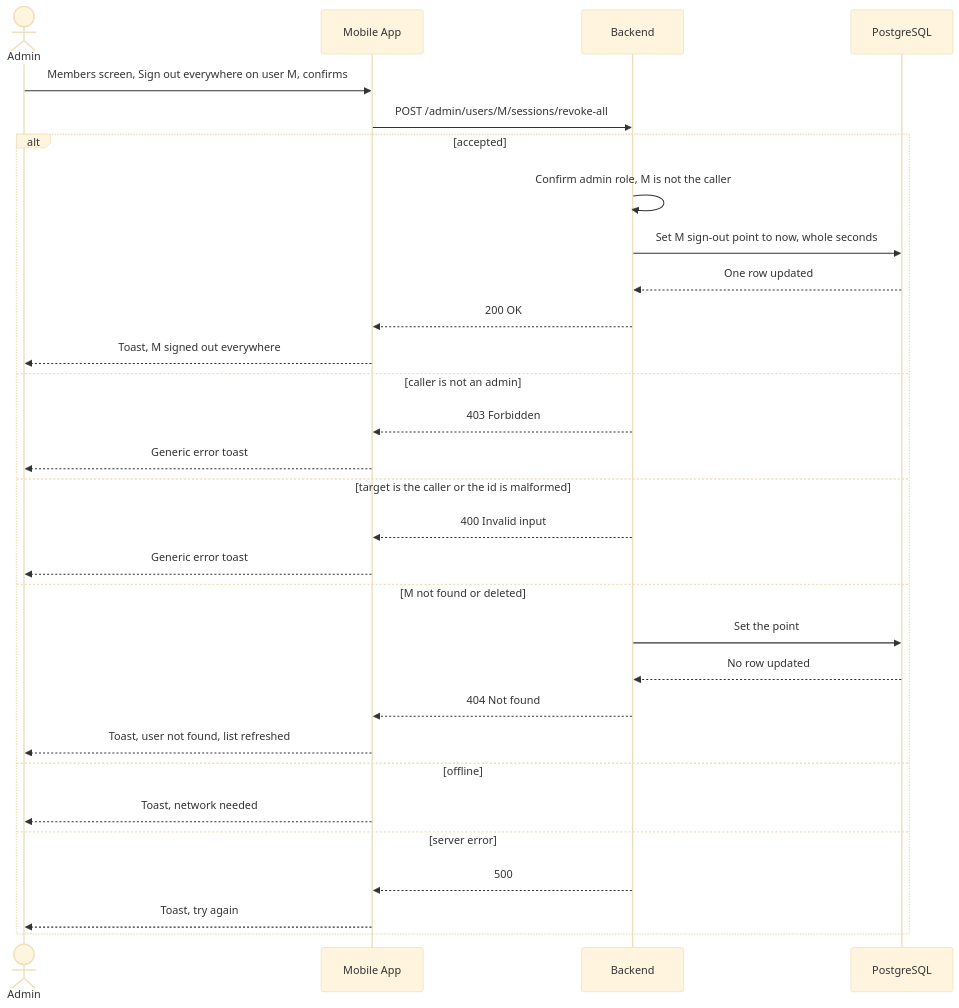
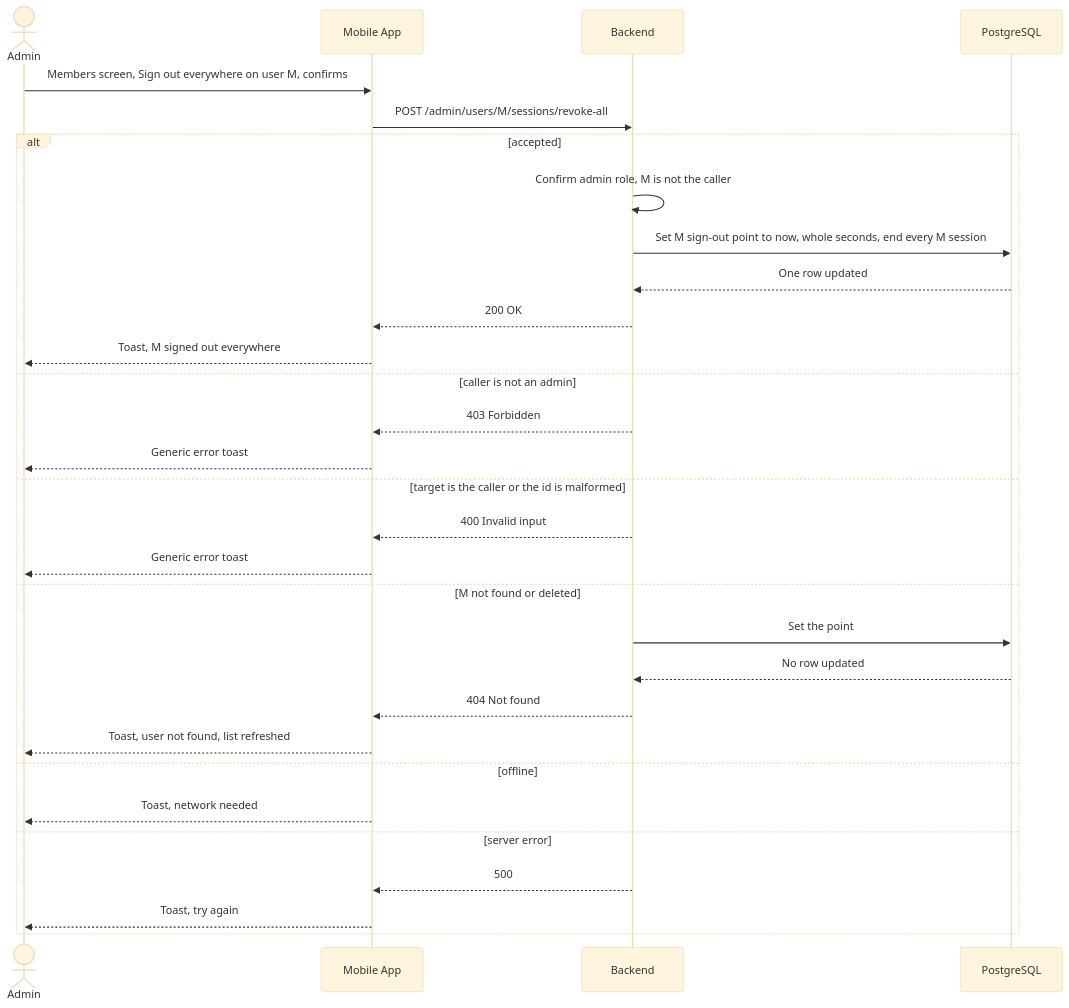
Before and after one commit to tommyledev-gif/pfm: the ninth of 12 diagrams in specs/mobile-account-switch/plan.md, drawn with Mermaid (base theme). The commit also changed other lines of this file and 115 other files, not shown here.

````diff
--- a/specs/mobile-account-switch/plan.md
+++ b/specs/mobile-account-switch/plan.md
@@ -533,33 +667,33 @@
 ```mermaid
 sequenceDiagram
     actor Admin
     participant App as Mobile App
     participant BE as Backend
     participant DB as PostgreSQL
 
     Admin->>App: Members screen, Sign out everywhere on user M, confirms
     App->>BE: POST /admin/users/M/sessions/revoke-all
     alt accepted
         BE->>BE: Confirm admin role, M is not the caller
-        BE->>DB: Set M sign-out point to now, whole seconds
+        BE->>DB: Set M sign-out point to now, whole seconds, end every M session
         DB-->>BE: One row updated
         BE-->>App: 200 OK
         App-->>Admin: Toast, M signed out everywhere
     else caller is not an admin
         BE-->>App: 403 Forbidden
         App-->>Admin: Generic error toast
     else target is the caller or the id is malformed
         BE-->>App: 400 Invalid input
         App-->>Admin: Generic error toast
     else M not found or deleted
         BE->>DB: Set the point
         DB-->>BE: No row updated
         BE-->>App: 404 Not found
         App-->>Admin: Toast, user not found, list refreshed
     else offline
         App-->>Admin: Toast, network needed
     else server error
         BE-->>App: 500
         App-->>Admin: Toast, try again
     end
 ```
````
